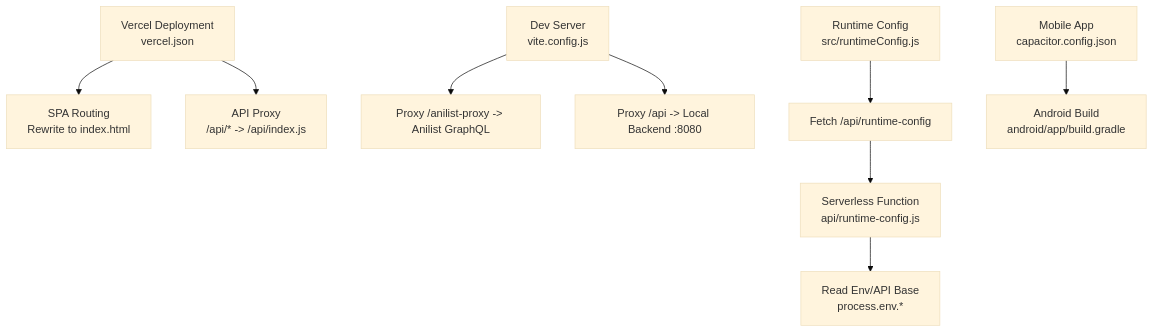
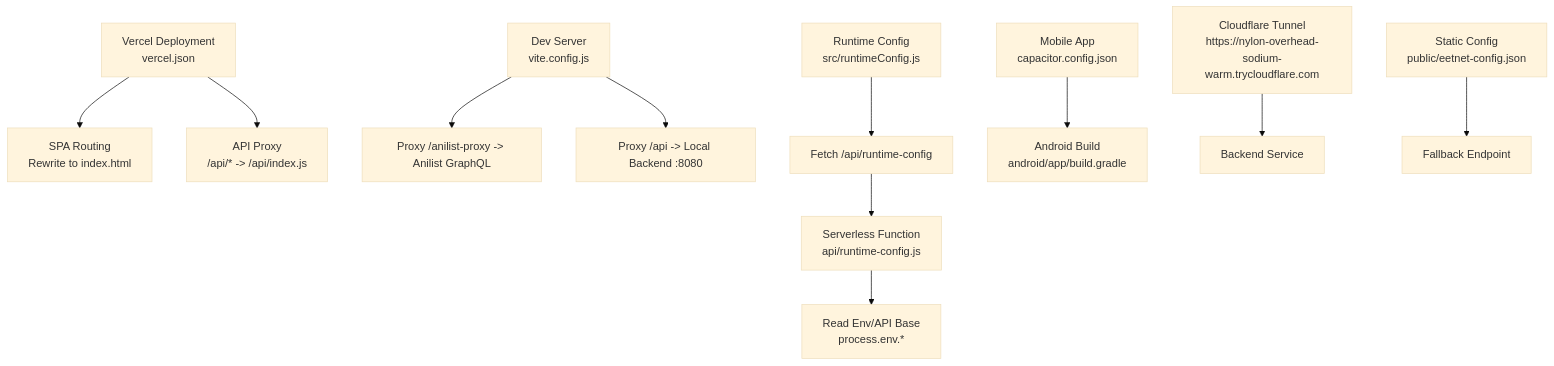
Before and after one commit to techniciansupremus-lab/Project-Anime: the first of 3 diagrams in .qoder/repowiki/en/content/Deployment & DevOps/Environment Configuration/Environment Configuration.md, drawn with Mermaid (base theme). The commit also changed other lines of this file and 101 other files, not shown here.

````diff
--- a/.qoder/repowiki/en/content/Deployment & DevOps/Environment Configuration/Environment Configuration.md
+++ b/.qoder/repowiki/en/content/Deployment & DevOps/Environment Configuration/Environment Configuration.md
@@ -52,11 +61,13 @@
 ```mermaid
 graph TB
 A["Vercel Deployment<br/>vercel.json"] --> B["SPA Routing<br/>Rewrite to index.html"]
 A --> C["API Proxy<br/>/api/* -> /api/index.js"]
 D["Dev Server<br/>vite.config.js"] --> E["Proxy /anilist-proxy -> Anilist GraphQL"]
 D --> F["Proxy /api -> Local Backend :8080"]
 G["Runtime Config<br/>src/runtimeConfig.js"] --> H["Fetch /api/runtime-config"]
 H --> I["Serverless Function<br/>api/runtime-config.js"]
 I --> J["Read Env/API Base<br/>process.env.*"]
 K["Mobile App<br/>capacitor.config.json"] --> L["Android Build<br/>android/app/build.gradle"]
+M["Cloudflare Tunnel<br/>https://nylon-overhead-sodium-warm.trycloudflare.com"] --> N["Backend Service"]
+O["Static Config<br/>public/eetnet-config.json"] --> P["Fallback Endpoint"]
 ```
````
